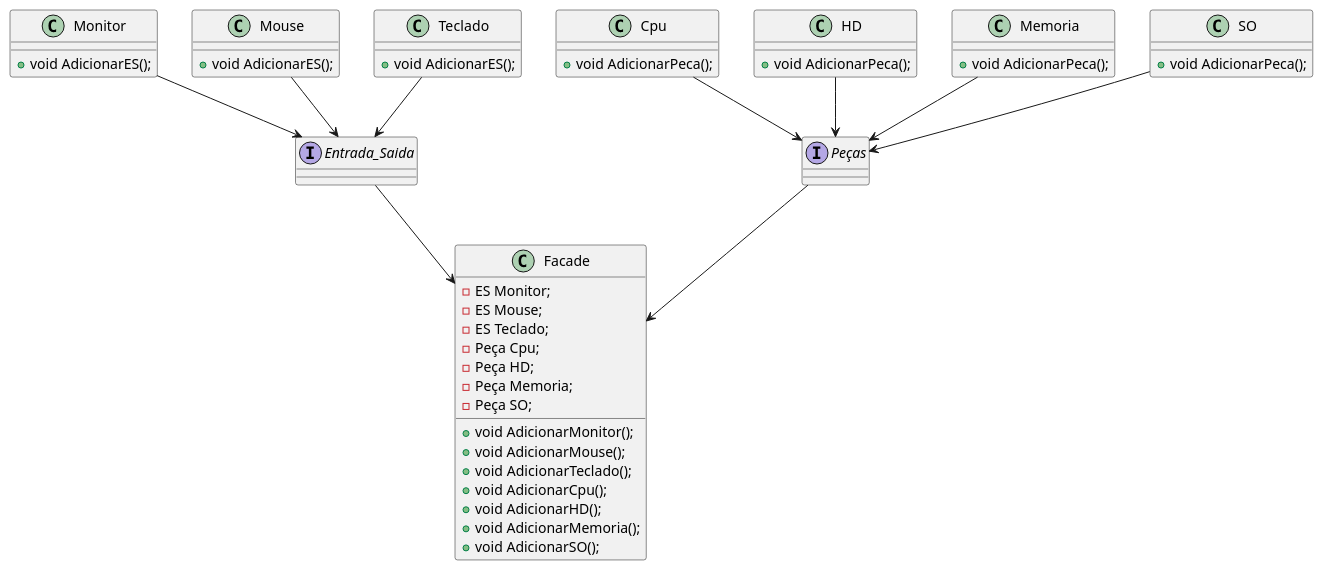
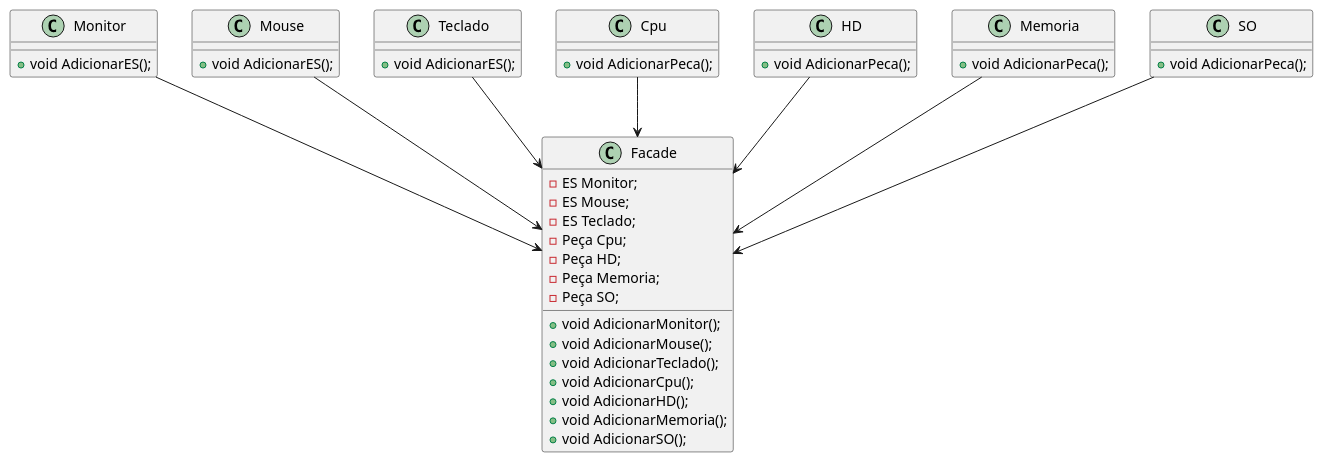
The diagram in Padrões de Projetos/facade/Pattern/src/UML/facade.plantuml (Borgarelli/bertoti), drawn with PlantUML before and after one commit. The commit also changed 22 other files, not shown here.

```diff
--- a/Padrões de Projetos/facade/Pattern/src/UML/facade.plantuml
+++ b/Padrões de Projetos/facade/Pattern/src/UML/facade.plantuml
@@ -1,70 +1,65 @@
 @startuml Facade
 class Monitor {
     +void AdicionarES();
 }
 class Mouse {
     +void AdicionarES();
 }
 class Teclado{
     +void AdicionarES();
 }
-Monitor --> Entrada_Saida
 
-Mouse --> Entrada_Saida
+Monitor --> Facade 
 
-Teclado --> Entrada_Saida
+Mouse --> Facade
 
-interface Entrada_Saida {
-    
-}
+Teclado --> Facade
+
+
 
 class Cpu {
     +void AdicionarPeca();
 }
 
 class HD {
     +void AdicionarPeca();
 }
 
 class Memoria {
     +void AdicionarPeca();
 }
 
 class SO {
     +void AdicionarPeca();
 }
 
-interface Peças {
-    
-}
 
-Cpu --> Peças
 
-HD --> Peças
+Cpu --> Facade
 
-Memoria --> Peças
+HD --> Facade
 
-SO --> Peças
+Memoria --> Facade
 
-Entrada_Saida --> Facade
+SO --> Facade
 
-Peças --> Facade
+
 
 class Facade {
     -ES Monitor;
     -ES Mouse;
     -ES Teclado;
     -Peça Cpu;
     -Peça HD;
     -Peça Memoria;
     -Peça SO;
 
     +void AdicionarMonitor();
     +void AdicionarMouse();
     +void AdicionarTeclado();
     +void AdicionarCpu();
     +void AdicionarHD();
     +void AdicionarMemoria();
     +void AdicionarSO();
 }
 @enduml
```
